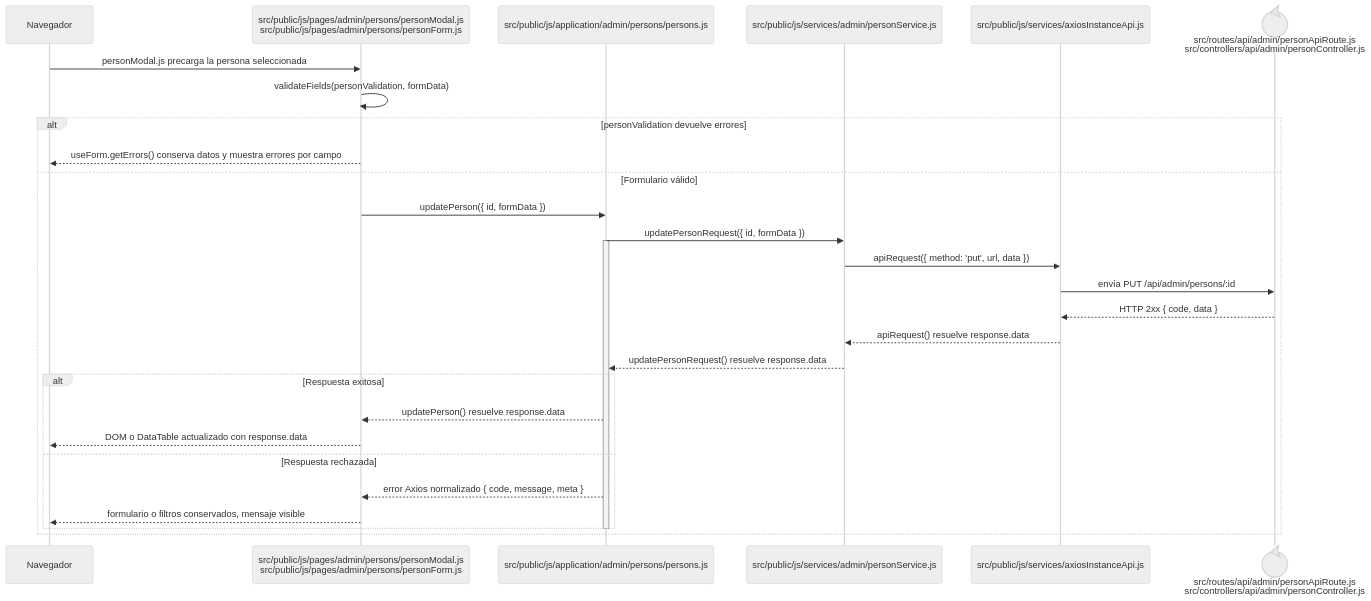
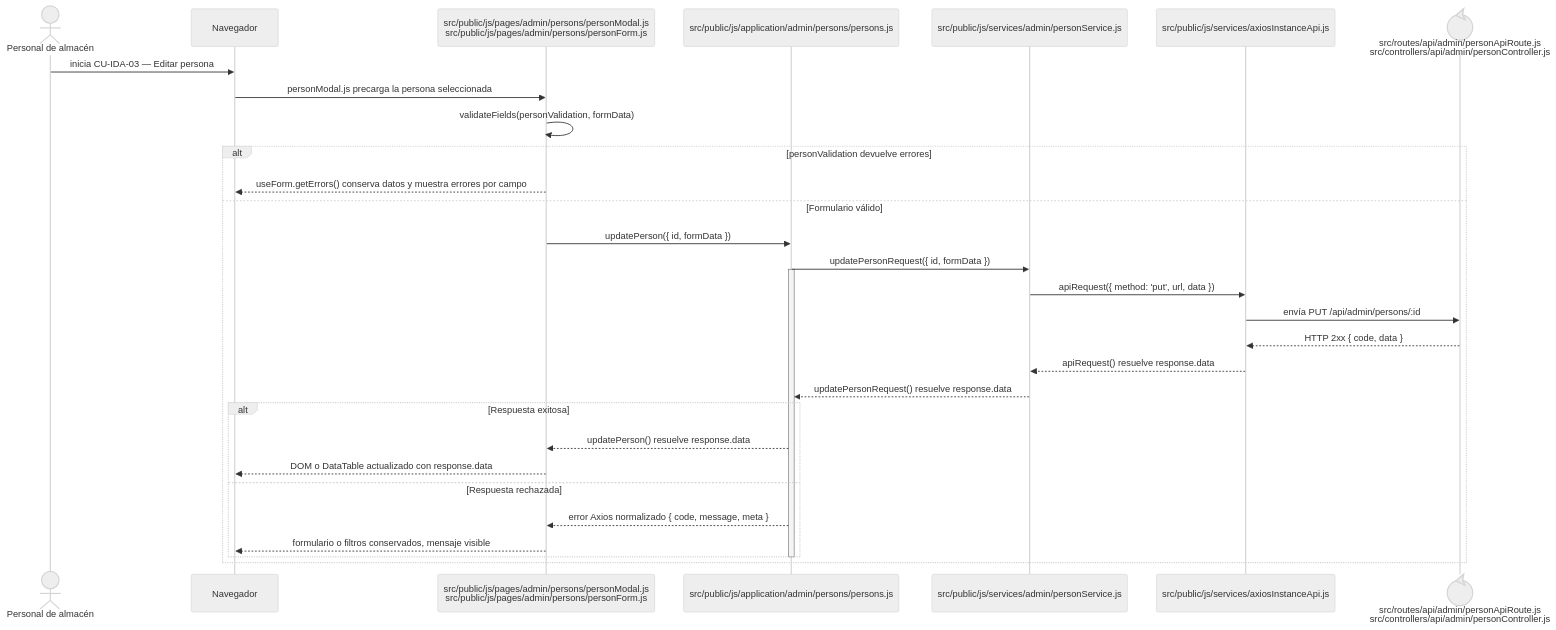
The diagram in docs/architecture/frontend-code-sequences/identity-access/cu-ida-03.md (gpgsistemas01/nexus), drawn with Mermaid (neutral theme) before and after one commit. The commit also changed 105 other files, not shown here.

````diff
--- a/docs/architecture/frontend-code-sequences/identity-access/cu-ida-03.md
+++ b/docs/architecture/frontend-code-sequences/identity-access/cu-ida-03.md
@@ -6,32 +6,34 @@
 ```mermaid
 sequenceDiagram
+    actor Initiator as Personal de almacén
     participant Browser as Navegador
     participant View as src/public/js/pages/admin/persons/personModal.js<br/>src/public/js/pages/admin/persons/personForm.js
     participant Application as src/public/js/application/admin/persons/persons.js
     participant Request as src/public/js/services/admin/personService.js
     participant HTTP as src/public/js/services/axiosInstanceApi.js
     participant Transport@{ "type": "control" } as src/routes/api/admin/personApiRoute.js<br/>src/controllers/api/admin/personController.js
 
+    Initiator->>Browser: inicia CU-IDA-03 — Editar persona
     Browser->>View: personModal.js precarga la persona seleccionada
     View->>View: validateFields(personValidation, formData)
     alt personValidation devuelve errores
         View-->>Browser: useForm.getErrors() conserva datos y muestra errores por campo
     else Formulario válido
         View->>Application: updatePerson({ id, formData })
         Application->>Request: updatePersonRequest({ id, formData })
         activate Application
         Request->>HTTP: apiRequest({ method: 'put', url, data })
         HTTP->>Transport: envía PUT /api/admin/persons/:id
         Transport-->>HTTP: HTTP 2xx { code, data }
         HTTP-->>Request: apiRequest() resuelve response.data
         Request-->>Application: updatePersonRequest() resuelve response.data
         alt Respuesta exitosa
             Application-->>View: updatePerson() resuelve response.data
             View-->>Browser: DOM o DataTable actualizado con response.data
         else Respuesta rechazada
             Application-->>View: error Axios normalizado { code, message, meta }
             View-->>Browser: formulario o filtros conservados, mensaje visible
         end
         deactivate Application
     end
 ```
````
